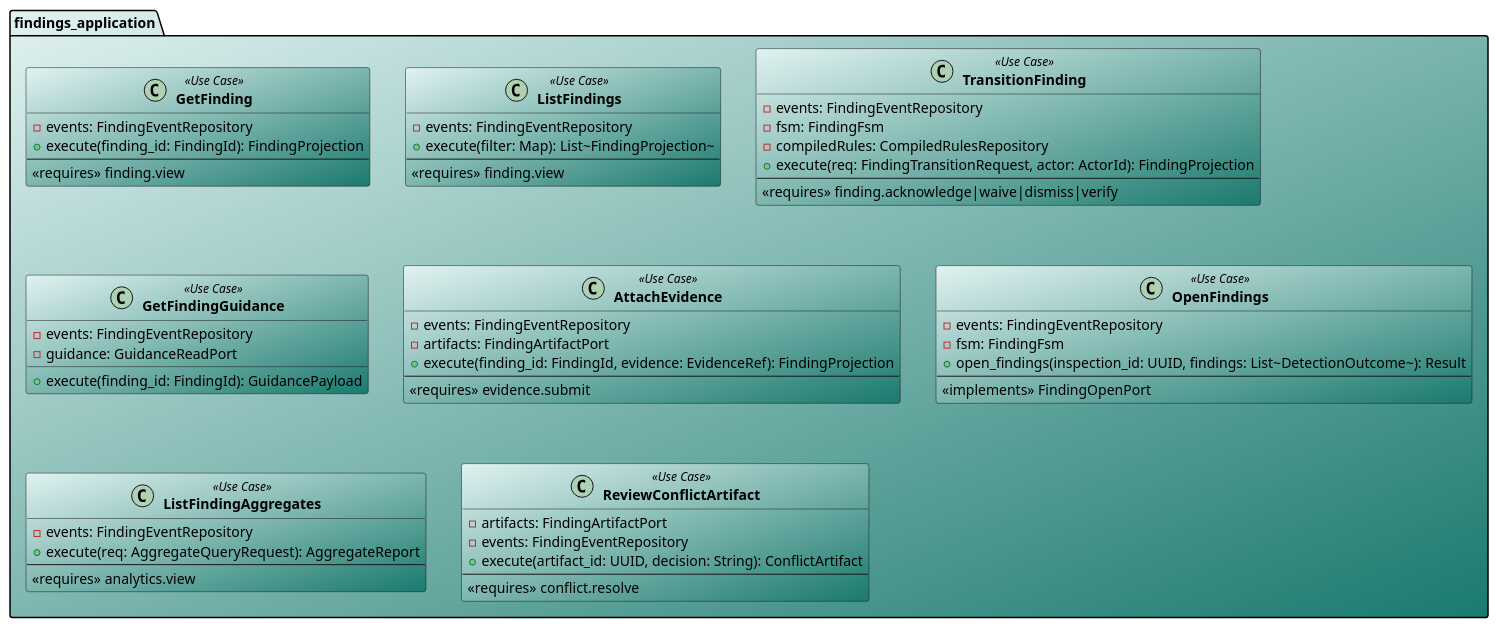
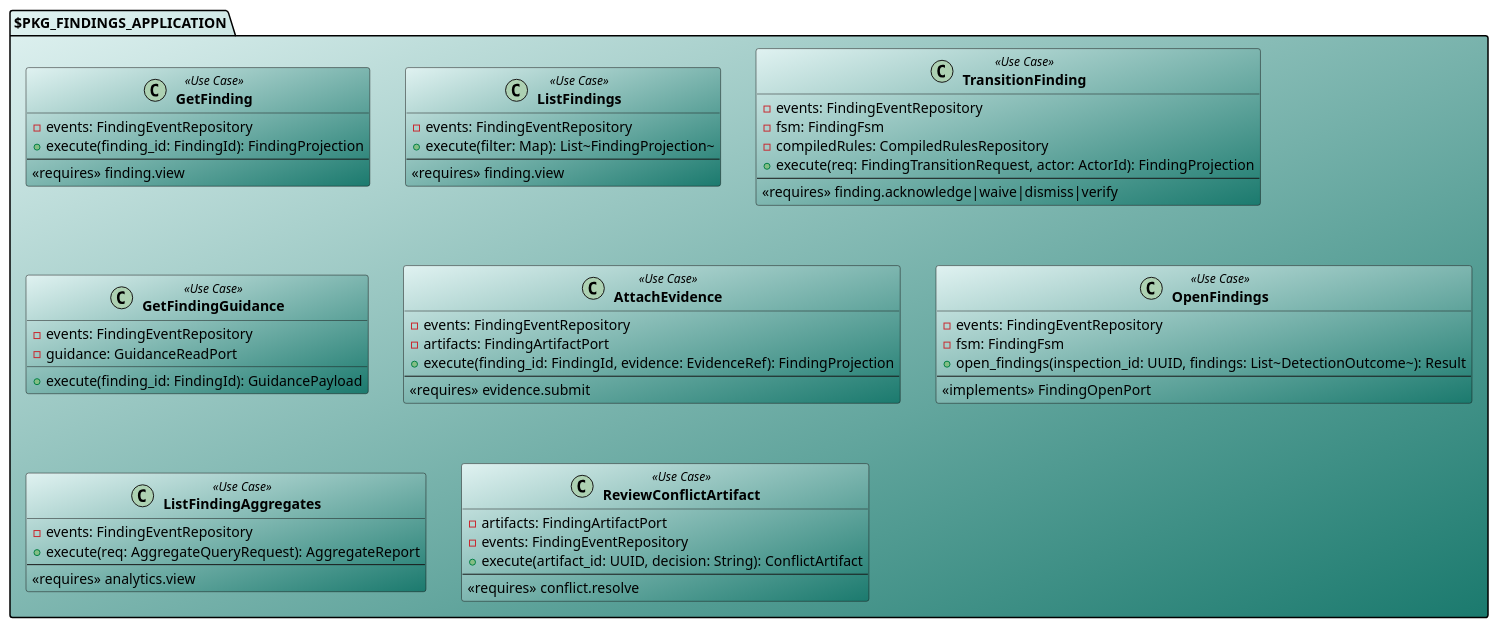
One commit to salimnamvar/selma changed the diagram in docs/class/common/cd_section_app_findings.puml. Above: the diagram before and after it, drawn with PlantUML. The commit also changed 35 other files, not shown here.

```diff
--- a/docs/class/common/cd_section_app_findings.puml
+++ b/docs/class/common/cd_section_app_findings.puml
@@ -1,64 +1,64 @@
 ' Section: cd_section_app_findings.puml
 
-package "findings_application" as UC_FIND #E0F2F1/1B7A6E {
+package "$PKG_FINDINGS_APPLICATION" as UC_FIND #E0F2F1/1B7A6E {
 
   class "**GetFinding**" as GetFinding <<Use Case>> #E0F2F1/1B7A6E {
     - events: FindingEventRepository
     + execute(finding_id: FindingId): FindingProjection
     --
     <<requires>> finding.view
   }
 
   class "**ListFindings**" as ListFindings <<Use Case>> #E0F2F1/1B7A6E {
     - events: FindingEventRepository
     + execute(filter: Map): List~FindingProjection~
     --
     <<requires>> finding.view
   }
 
   class "**TransitionFinding**" as TransitionFinding <<Use Case>> #E0F2F1/1B7A6E {
     - events: FindingEventRepository
     - fsm: FindingFsm
     - compiledRules: CompiledRulesRepository
     + execute(req: FindingTransitionRequest, actor: ActorId): FindingProjection
     --
     <<requires>> finding.acknowledge|waive|dismiss|verify
   }
 
   class "**GetFindingGuidance**" as GetFindingGuidance <<Use Case>> #E0F2F1/1B7A6E {
     - events: FindingEventRepository
     - guidance: GuidanceReadPort
     + execute(finding_id: FindingId): GuidancePayload
   }
 
   class "**AttachEvidence**" as AttachEvidence <<Use Case>> #E0F2F1/1B7A6E {
     - events: FindingEventRepository
     - artifacts: FindingArtifactPort
     + execute(finding_id: FindingId, evidence: EvidenceRef): FindingProjection
     --
     <<requires>> evidence.submit
   }
 
   class "**OpenFindings**" as OpenFindings <<Use Case>> #E0F2F1/1B7A6E {
     - events: FindingEventRepository
     - fsm: FindingFsm
     + open_findings(inspection_id: UUID, findings: List~DetectionOutcome~): Result
     --
     <<implements>> FindingOpenPort
   }
 
   class "**ListFindingAggregates**" as ListFindingAggregates <<Use Case>> #E0F2F1/1B7A6E {
     - events: FindingEventRepository
     + execute(req: AggregateQueryRequest): AggregateReport
     --
     <<requires>> analytics.view
   }
 
   class "**ReviewConflictArtifact**" as ReviewConflictArtifact <<Use Case>> #E0F2F1/1B7A6E {
     - artifacts: FindingArtifactPort
     - events: FindingEventRepository
     + execute(artifact_id: UUID, decision: String): ConflictArtifact
     --
     <<requires>> conflict.resolve
   }
 }
```
